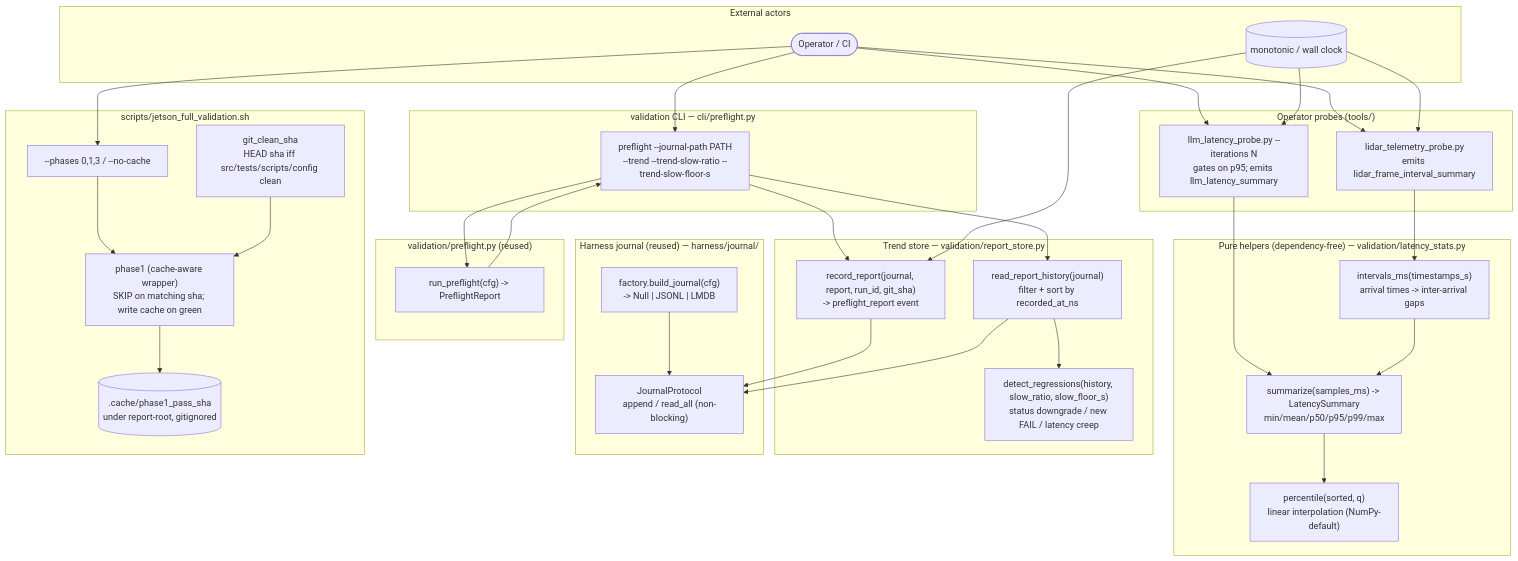
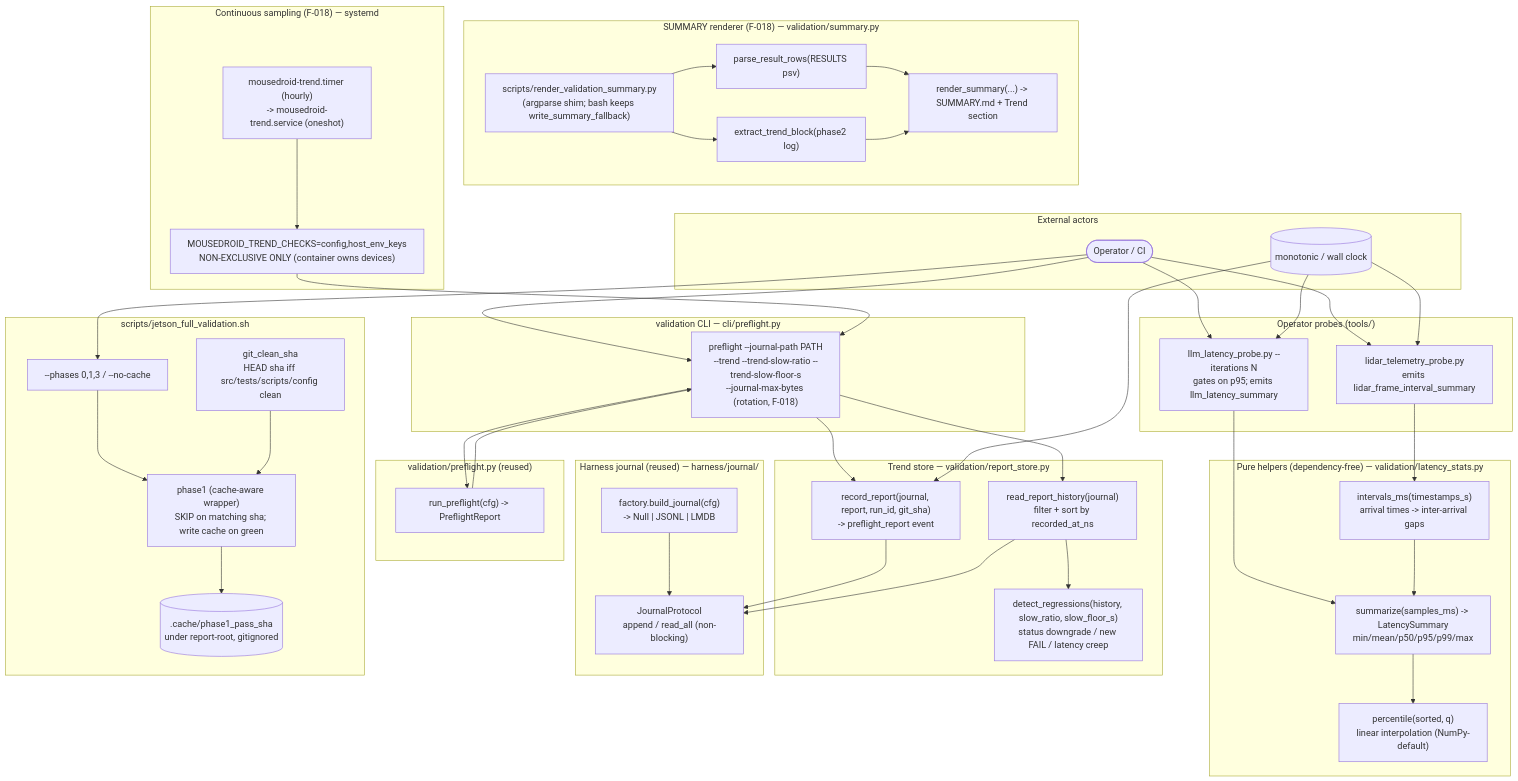
Before and after one commit to ianshank/Mouse-Droid-AGI: the diagram in docs/architecture/c4-validation-efficiency.md, drawn with Mermaid. The commit also changed other lines of this file and 14 other files, not shown here.

````diff
--- a/docs/architecture/c4-validation-efficiency.md
+++ b/docs/architecture/c4-validation-efficiency.md
@@ -38,7 +38,19 @@
     end
 
     subgraph CLI["validation CLI — cli/preflight.py"]
-        PreflightCLI["preflight --journal-path PATH\n--trend --trend-slow-ratio --trend-slow-floor-s"]
+        PreflightCLI["preflight --journal-path PATH\n--trend --trend-slow-ratio --trend-slow-floor-s\n--journal-max-bytes (rotation, F-018)"]
+    end
+
+    subgraph Summary["SUMMARY renderer (F-018) — validation/summary.py"]
+        ParseRows["parse_result_rows(RESULTS psv)"]
+        TrendBlock["extract_trend_block(phase2 log)"]
+        Render["render_summary(...) -> SUMMARY.md + Trend section"]
+        Shim["scripts/render_validation_summary.py\n(argparse shim; bash keeps write_summary_fallback)"]
+    end
+
+    subgraph Timer["Continuous sampling (F-018) — systemd"]
+        TrendTimer["mousedroid-trend.timer (hourly)\n-> mousedroid-trend.service (oneshot)"]
+        SafeChecks["MOUSEDROID_TREND_CHECKS=config,host_env_keys\nNON-EXCLUSIVE ONLY (container owns devices)"]
     end
 
     subgraph Journal["Harness journal (reused) — harness/journal/"]
@@ -79,4 +91,8 @@
     Phases --> Phase1
     GitSha --> Phase1
     Phase1 --> Cache
+
+    Shim --> ParseRows --> Render
+    Shim --> TrendBlock --> Render
+    TrendTimer --> SafeChecks --> PreflightCLI
 ```
````
